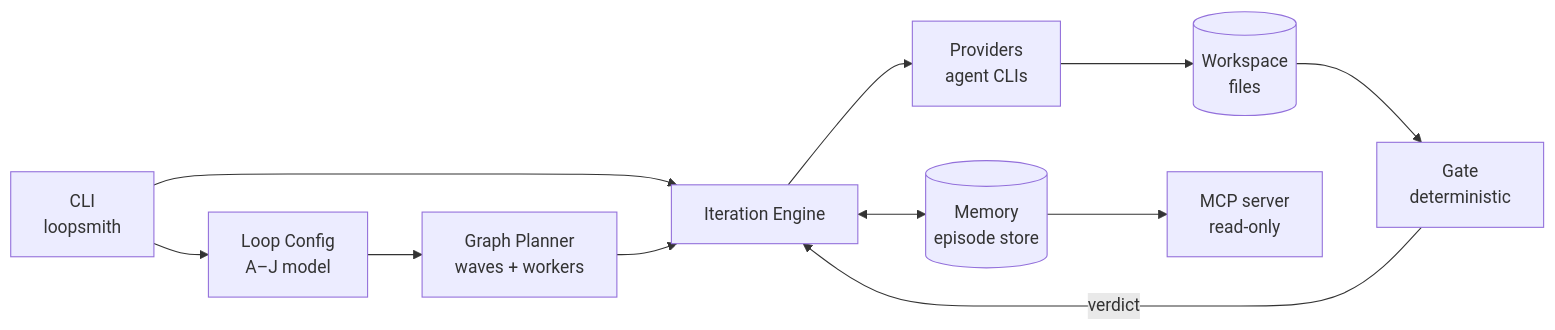
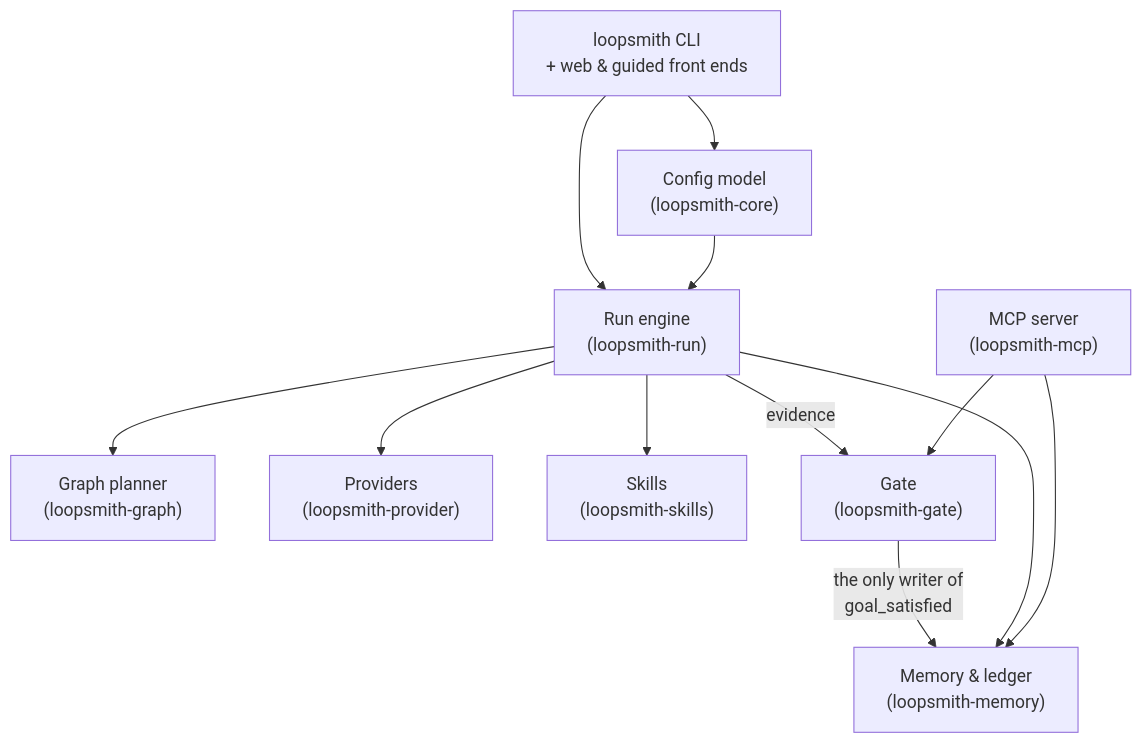
One commit to bitphill/loopsmith changed the diagram in wiki/overview.md. Above: the diagram before and after it, drawn with Mermaid. The commit also changed other lines of this file and 30 other files, not shown here.

````diff
--- a/wiki/overview.md
+++ b/wiki/overview.md
@@ -58,13 +19,14 @@
 ```mermaid
-flowchart LR
-  CLI["CLI<br/>loopsmith"] --> CFG["Loop Config<br/>A–J model"]
-  CFG --> PLAN["Graph Planner<br/>waves + workers"]
-  CLI --> ENG["Iteration Engine"]
-  PLAN --> ENG
-  ENG --> PROV["Providers<br/>agent CLIs"]
-  PROV --> WS[("Workspace<br/>files")]
-  WS --> GATE["Gate<br/>deterministic"]
-  GATE -- verdict --> ENG
-  ENG <--> MEM[("Memory<br/>episode store")]
-  MEM --> MCP["MCP server<br/>read-only"]
+graph TD
+    CLI["loopsmith CLI<br/>+ web & guided front ends"] --> CFG["Config model<br/>(loopsmith-core)"]
+    CLI --> RUN["Run engine<br/>(loopsmith-run)"]
+    CFG --> RUN
+    RUN --> GRAPH["Graph planner<br/>(loopsmith-graph)"]
+    RUN --> PROV["Providers<br/>(loopsmith-provider)"]
+    RUN --> SKILL["Skills<br/>(loopsmith-skills)"]
+    RUN -->|evidence| GATE["Gate<br/>(loopsmith-gate)"]
+    GATE -->|"the only writer of<br/>goal_satisfied"| MEM["Memory & ledger<br/>(loopsmith-memory)"]
+    RUN --> MEM
+    MCP["MCP server<br/>(loopsmith-mcp)"] --> MEM
+    MCP --> GATE
 ```
````
